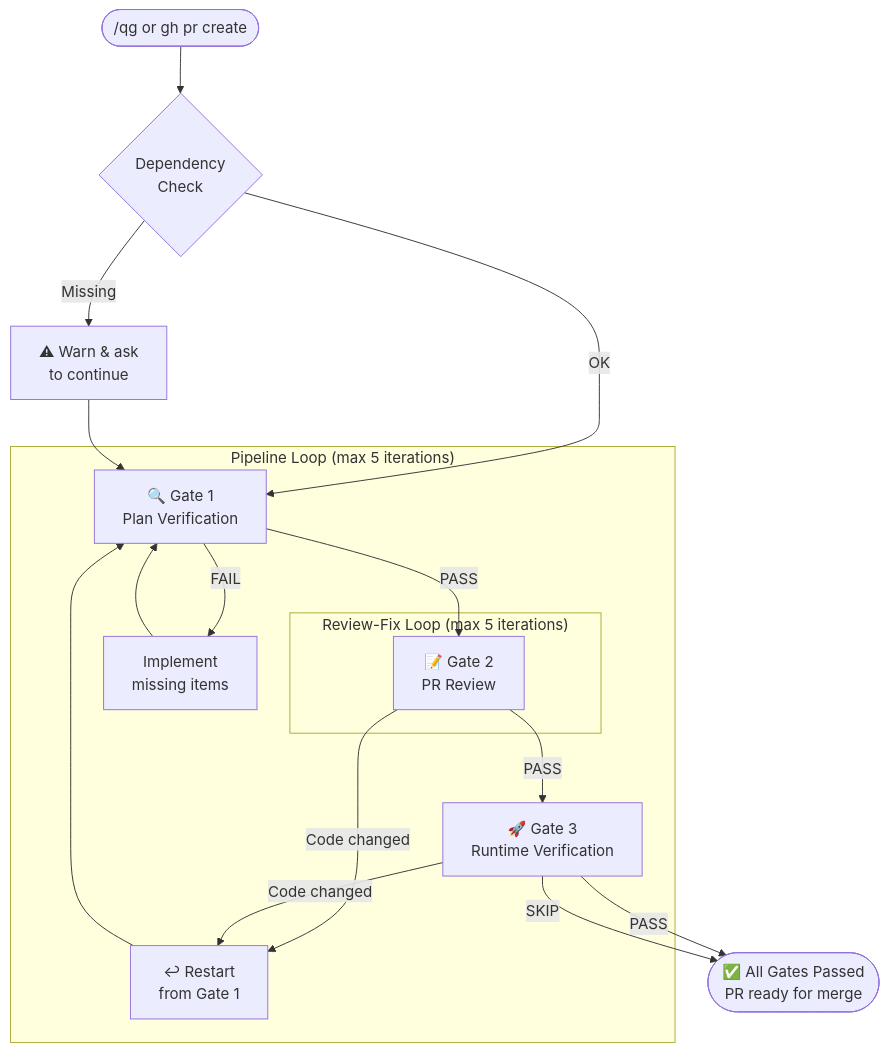
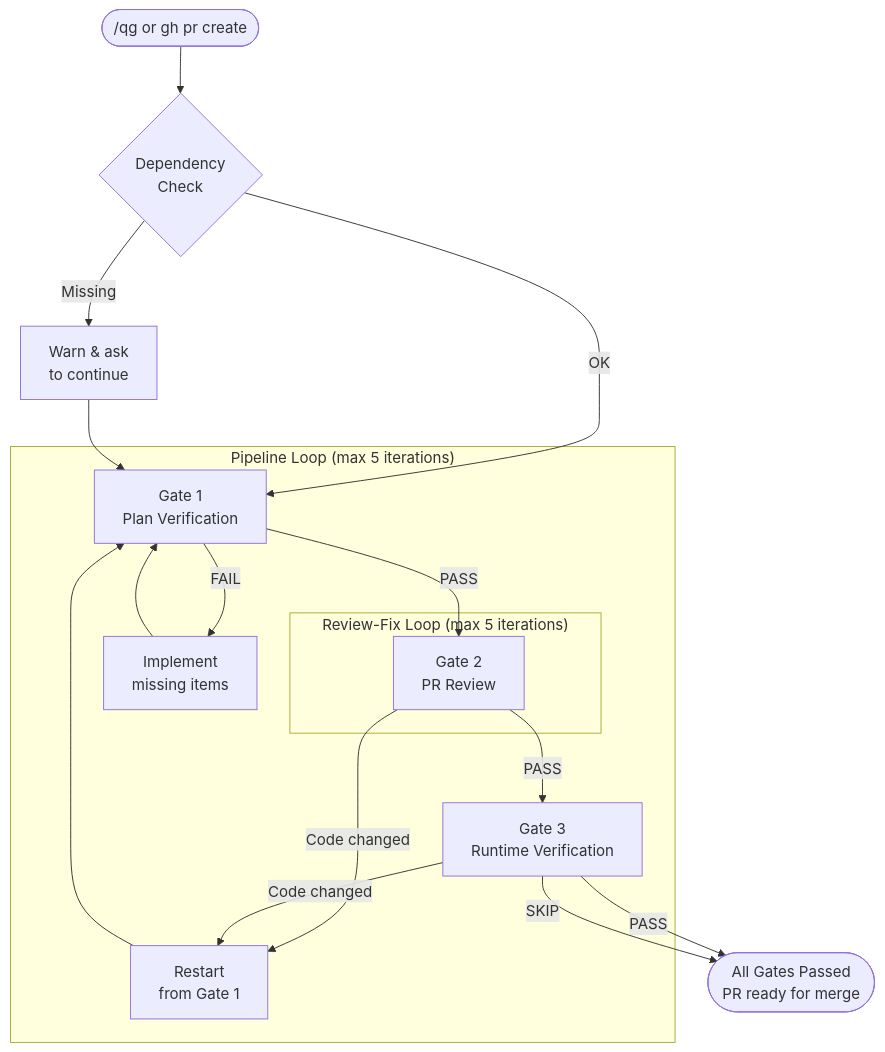
Before and after one commit to Jeongho-K/quality-gates: the first of 2 diagrams in plugins/quality-gates/README.md, drawn with Mermaid. The commit also changed other lines of this file and 5 other files, not shown here.

````diff
--- a/plugins/quality-gates/README.md
+++ b/plugins/quality-gates/README.md
@@ -38,29 +59,29 @@
 ```mermaid
 flowchart TD
     Start(["/qg or gh pr create"]) --> DepCheck{"Dependency\nCheck"}
     DepCheck -->|OK| G1
-    DepCheck -->|Missing| Warn["⚠ Warn & ask\nto continue"]
+    DepCheck -->|Missing| Warn["Warn & ask\nto continue"]
     Warn --> G1
 
     subgraph Pipeline ["Pipeline Loop (max 5 iterations)"]
-        G1["🔍 Gate 1\nPlan Verification"]
+        G1["Gate 1\nPlan Verification"]
         G1 -->|PASS| G2
         G1 -->|FAIL| Fix1["Implement\nmissing items"]
         Fix1 --> G1
 
-        G2["📝 Gate 2\nPR Review"]
+        G2["Gate 2\nPR Review"]
         G2 -->|PASS| G3
-        G2 -->|Code changed| Restart["↩ Restart\nfrom Gate 1"]
+        G2 -->|Code changed| Restart["Restart\nfrom Gate 1"]
         Restart --> G1
 
         subgraph G2Loop ["Review-Fix Loop (max 5 iterations)"]
             G2
         end
 
-        G3["🚀 Gate 3\nRuntime Verification"]
+        G3["Gate 3\nRuntime Verification"]
         G3 -->|Code changed| Restart
     end
 
-    G3 -->|PASS| Done(["✅ All Gates Passed\nPR ready for merge"])
+    G3 -->|PASS| Done(["All Gates Passed\nPR ready for merge"])
     G3 -->|SKIP| Done
 ```
````
